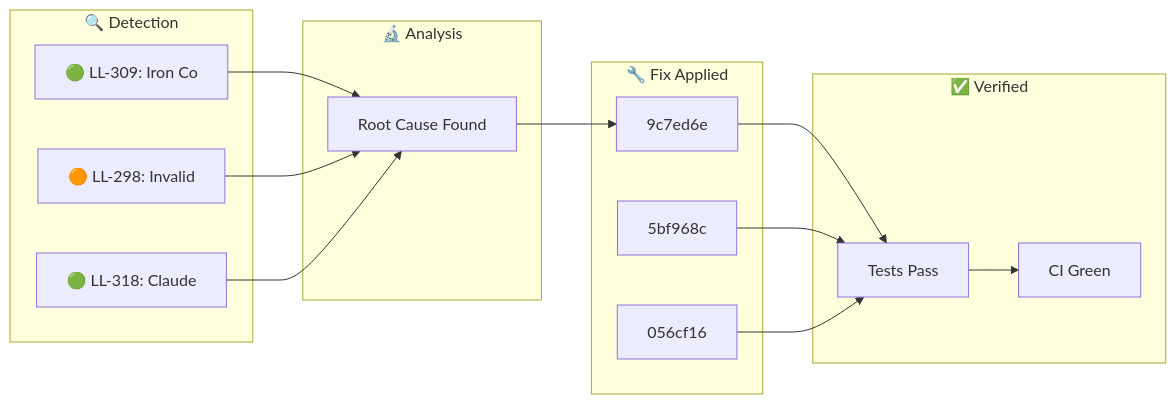
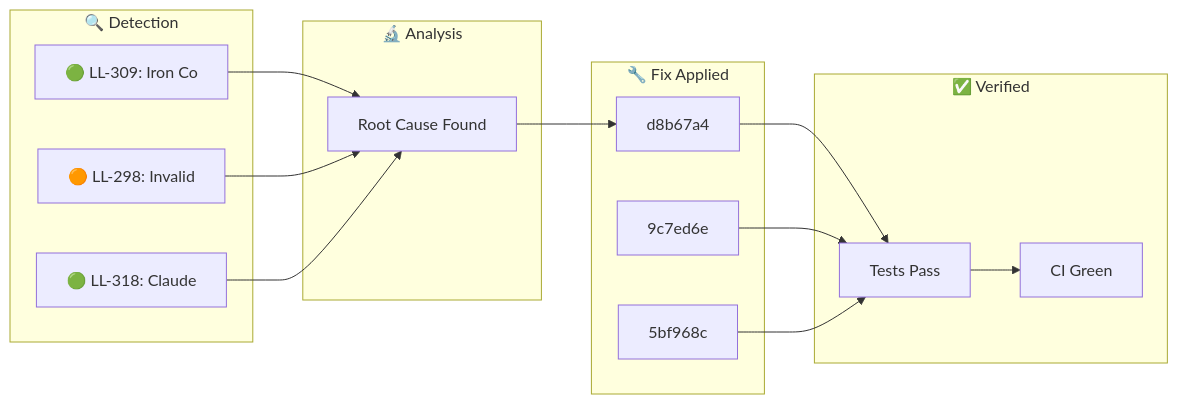
The diagram in docs/_posts/2026-02-01-ralph-discovery.md (webclinic017/trading-spy-iron-condor), drawn with Mermaid before and after one commit. The commit also changed other lines of this file, not shown here.

Commit message:
docs(ralph): Auto-publish discovery blog post

````diff
--- a/docs/_posts/2026-02-01-ralph-discovery.md
+++ b/docs/_posts/2026-02-01-ralph-discovery.md
@@ -17,28 +17,28 @@
 ```mermaid
 flowchart LR
     subgraph Detection["🔍 Detection"]
         D1["🟢 LL-309: Iron Co"]
         D2["🟠 LL-298: Invalid"]
         D3["🟢 LL-318: Claude "]
     end
     subgraph Analysis["🔬 Analysis"]
         A1["Root Cause Found"]
     end
     subgraph Fix["🔧 Fix Applied"]
-        F1["9c7ed6e"]
-        F2["5bf968c"]
-        F3["056cf16"]
+        F1["d8b67a4"]
+        F2["9c7ed6e"]
+        F3["5bf968c"]
     end
     subgraph Verify["✅ Verified"]
         V1["Tests Pass"]
         V2["CI Green"]
     end
     D1 --> A1
     D2 --> A1
     D3 --> A1
     A1 --> F1
     F1 --> V1
     F2 --> V1
     F3 --> V1
     V1 --> V2
 ```
````
